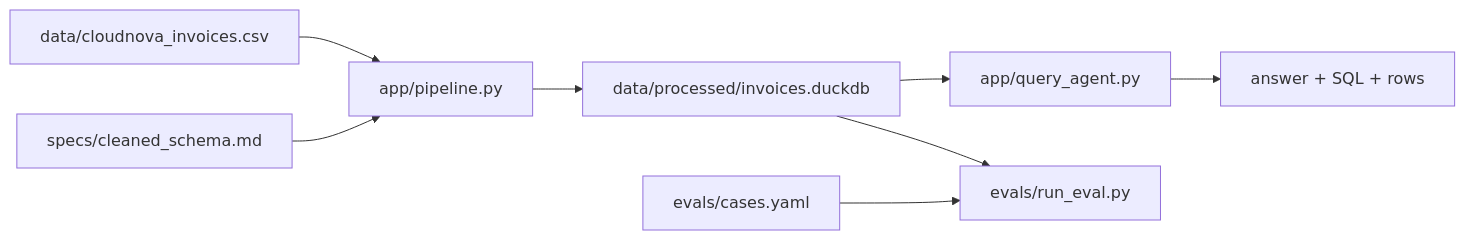
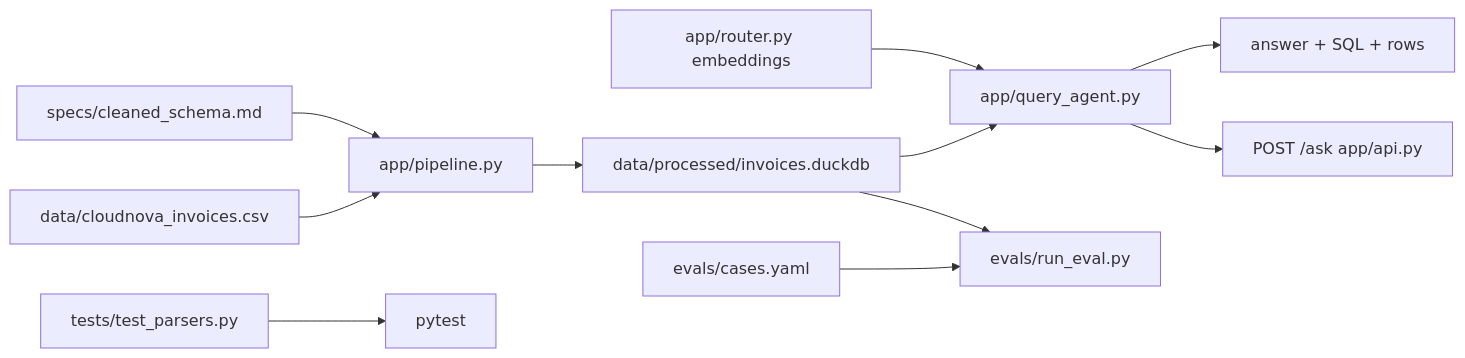
Before and after one commit to mnbrshd/opsguru-assignment: the diagram in docs/architecture.md, drawn with Mermaid. The commit also changed other lines of this file and 12 other files, not shown here.

First line of the commit message:
Add embedding router, parser property tests, and POST /ask API

````diff
--- a/docs/architecture.md
+++ b/docs/architecture.md
@@ -5,10 +5,13 @@
 ```mermaid
 flowchart LR
   rawCsv["data/cloudnova_invoices.csv"] --> clean["app/pipeline.py"]
   spec["specs/cleaned_schema.md"] --> clean
   clean --> duck["data/processed/invoices.duckdb"]
   duck --> ask["app/query_agent.py"]
+  router["app/router.py embeddings"] --> ask
   ask --> out["answer + SQL + rows"]
+  ask --> api["POST /ask app/api.py"]
   evals["evals/cases.yaml"] --> harness["evals/run_eval.py"]
   duck --> harness
+  tests["tests/test_parsers.py"] --> pytest["pytest"]
 ```
````
